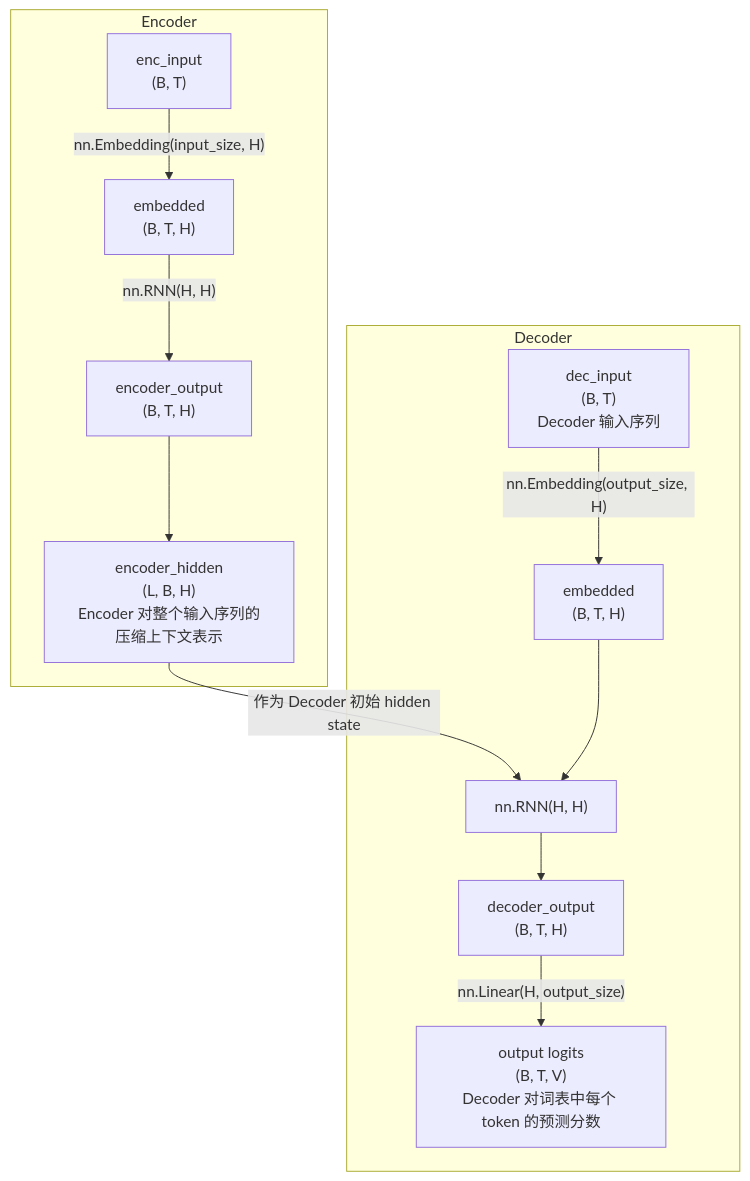
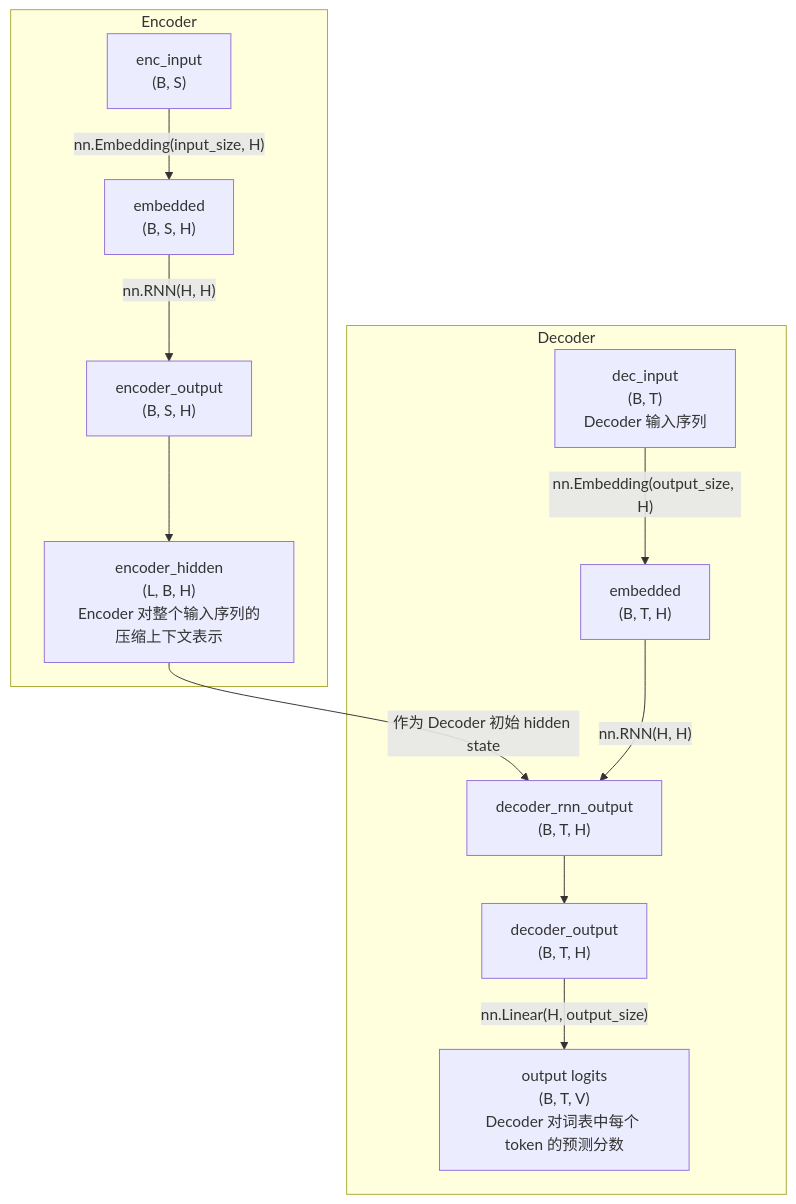
One commit to izualzhy/yingshin.github.io changed the first of 2 diagrams in _posts/2026-05-24-llm-diagrammatize-seq2seq-attention.markdown. Above: the diagram before and after it, drawn with Mermaid. The commit also changed other lines of this file and 10 other files, not shown here.

````diff
--- a/_posts/2026-05-24-llm-diagrammatize-seq2seq-attention.markdown
+++ b/_posts/2026-05-24-llm-diagrammatize-seq2seq-attention.markdown
@@ -106,40 +106,41 @@
 ```mermaid
 flowchart TD
 
 subgraph Encoder
-    A["enc_input<br/>(B, T)"]
+    A["enc_input<br/>(B, S)"]
 
     A
     -- "nn.Embedding(input_size, H)" -->
-    B["embedded<br/>(B, T, H)"]
+    B["embedded<br/>(B, S, H)"]
 
     B
     -- "nn.RNN(H, H)" -->
-    C["encoder_output<br/>(B, T, H)"]
+    C["encoder_output<br/>(B, S, H)"]
 
     C
     --> D["encoder_hidden<br/>(L, B, H)<br/>Encoder 对整个输入序列的压缩上下文表示"]
 end
 
 D
 -- "作为 Decoder 初始 hidden state" -->
 E
 
 subgraph Decoder
     F["dec_input<br/>(B, T)<br/>Decoder 输入序列"]
 
     F
     -- "nn.Embedding(output_size, H)" -->
     G["embedded<br/>(B, T, H)"]
 
     G
-    --> E["nn.RNN(H, H)"]
+    -- "nn.RNN(H, H)" -->
+    E["decoder_rnn_output<br/>(B, T, H)"]
 
     E
     --> H["decoder_output<br/>(B, T, H)"]
 
     H
     -- "nn.Linear(H, output_size)" -->
     I["output logits<br/>(B, T, V)<br/>Decoder 对词表中每个 token 的预测分数"]
 end
 ```
````
